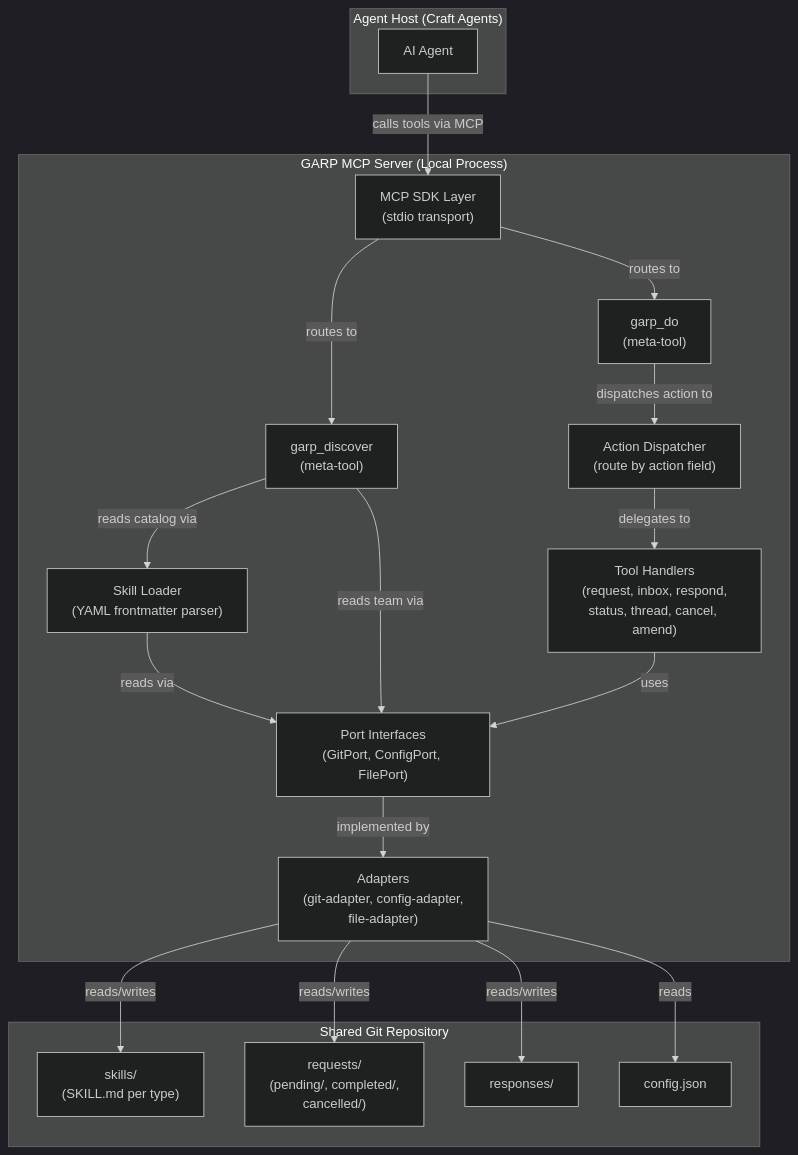
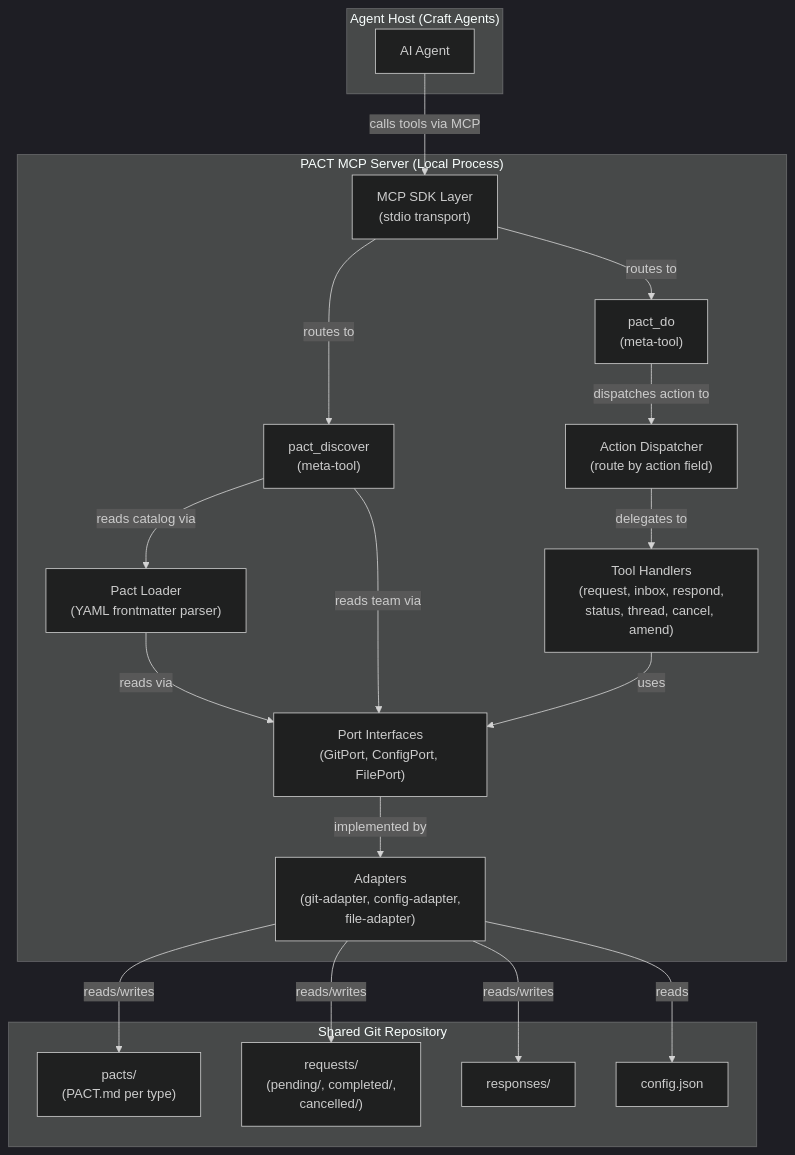
The second of 3 diagrams in docs/feature/collapsed-tools-brain/design/architecture-design.md (snidelycapon/pact), drawn with Mermaid (dark theme) before and after one commit. The commit also changed other lines of this file and 242 other files, not shown here.

First line of the commit message:
chore: rename garp to pact across entire codebase

````diff
--- a/docs/feature/collapsed-tools-brain/design/architecture-design.md
+++ b/docs/feature/collapsed-tools-brain/design/architecture-design.md
@@ -155,39 +155,39 @@
 ```mermaid
 graph TB
     subgraph "Agent Host (Craft Agents)"
         Agent["AI Agent"]
     end
 
-    subgraph "GARP MCP Server (Local Process)"
+    subgraph "PACT MCP Server (Local Process)"
         MCP["MCP SDK Layer<br/>(stdio transport)"]
-        Discover["garp_discover<br/>(meta-tool)"]
-        Do["garp_do<br/>(meta-tool)"]
+        Discover["pact_discover<br/>(meta-tool)"]
+        Do["pact_do<br/>(meta-tool)"]
         Dispatcher["Action Dispatcher<br/>(route by action field)"]
-        SkillLoader["Skill Loader<br/>(YAML frontmatter parser)"]
+        PactLoader["Pact Loader<br/>(YAML frontmatter parser)"]
         Handlers["Tool Handlers<br/>(request, inbox, respond,<br/>status, thread, cancel, amend)"]
         Ports["Port Interfaces<br/>(GitPort, ConfigPort, FilePort)"]
         Adapters["Adapters<br/>(git-adapter, config-adapter,<br/>file-adapter)"]
     end
 
     subgraph "Shared Git Repository"
-        Skills["skills/<br/>(SKILL.md per type)"]
+        Pacts["pacts/<br/>(PACT.md per type)"]
         Requests["requests/<br/>(pending/, completed/,<br/>cancelled/)"]
         Responses["responses/"]
         Config["config.json"]
     end
 
     Agent -->|"calls tools via MCP"| MCP
     MCP -->|"routes to"| Discover
     MCP -->|"routes to"| Do
-    Discover -->|"reads catalog via"| SkillLoader
+    Discover -->|"reads catalog via"| PactLoader
     Discover -->|"reads team via"| Ports
     Do -->|"dispatches action to"| Dispatcher
     Dispatcher -->|"delegates to"| Handlers
     Handlers -->|"uses"| Ports
-    SkillLoader -->|"reads via"| Ports
+    PactLoader -->|"reads via"| Ports
     Ports -->|"implemented by"| Adapters
-    Adapters -->|"reads/writes"| Skills
+    Adapters -->|"reads/writes"| Pacts
     Adapters -->|"reads/writes"| Requests
     Adapters -->|"reads/writes"| Responses
     Adapters -->|"reads"| Config
 ```
````
